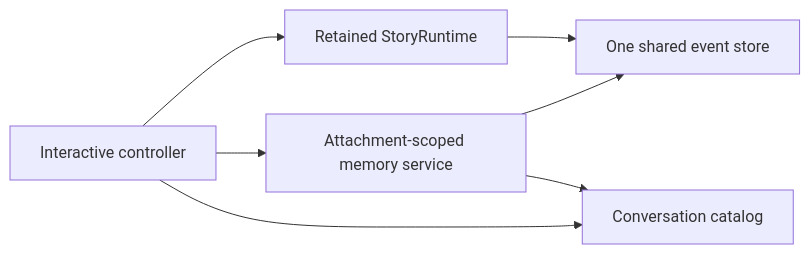
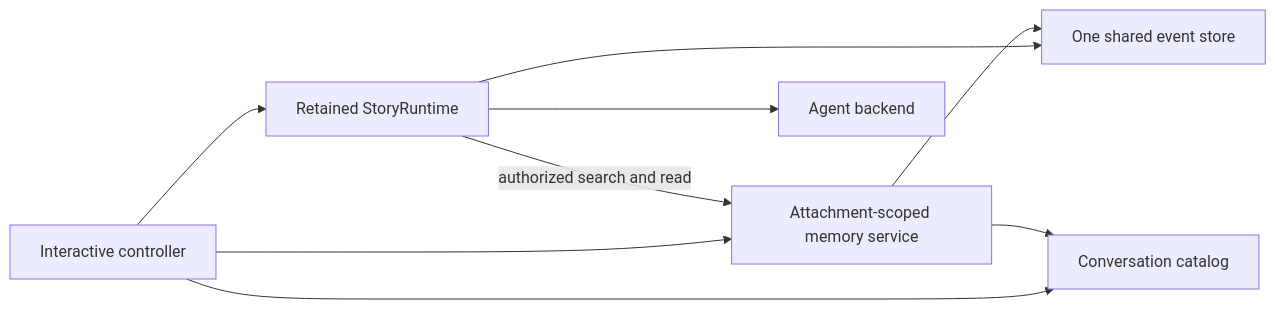
One commit to Kims-DeveloperGroup/story-writing-agents changed the diagram in docs/design/overview.md. Above: the diagram before and after it, drawn with Mermaid. The commit also changed other lines of this file and 32 other files, not shown here.

````diff
--- a/docs/design/overview.md
+++ b/docs/design/overview.md
@@ -58,11 +58,13 @@
 ```mermaid
 flowchart LR
     accTitle: Interactive conversation ownership
-    accDescr: The controller shares one event store with the retained runtime and the memory service scoped to the attached session.
+    accDescr: The controller passes its attached-session memory service to the runtime, which alone authorizes provider-requested reads.
     C[Interactive controller] --> R[Retained StoryRuntime]
     C --> M[Attachment-scoped memory service]
     C --> K[Conversation catalog]
+    R -->|authorized search and read| M
+    R --> B[Agent backend]
     R --> E[One shared event store]
     M --> E
     M --> K
 ```
````
